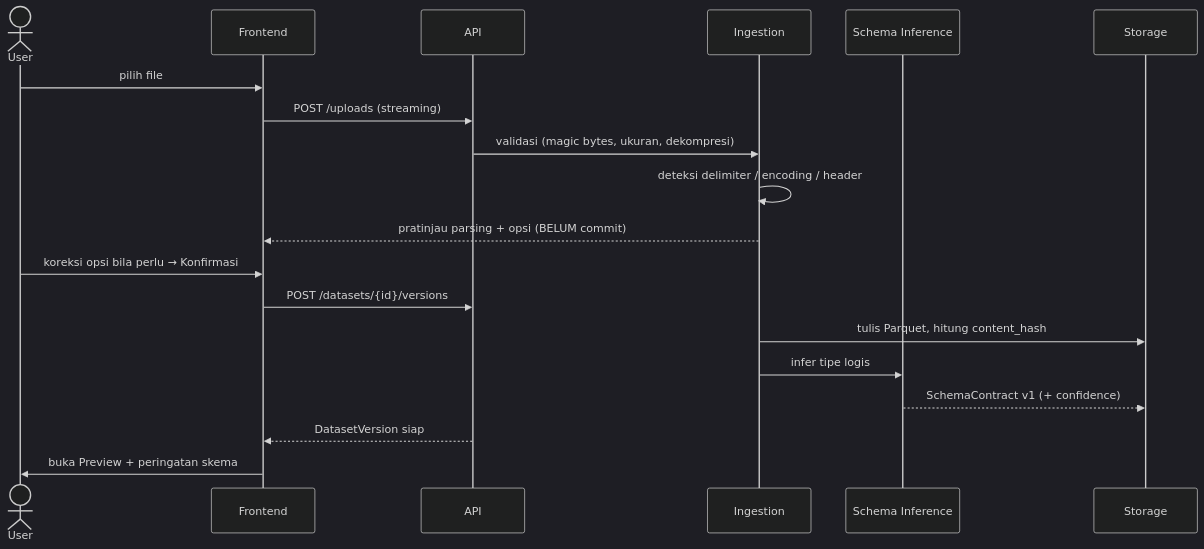
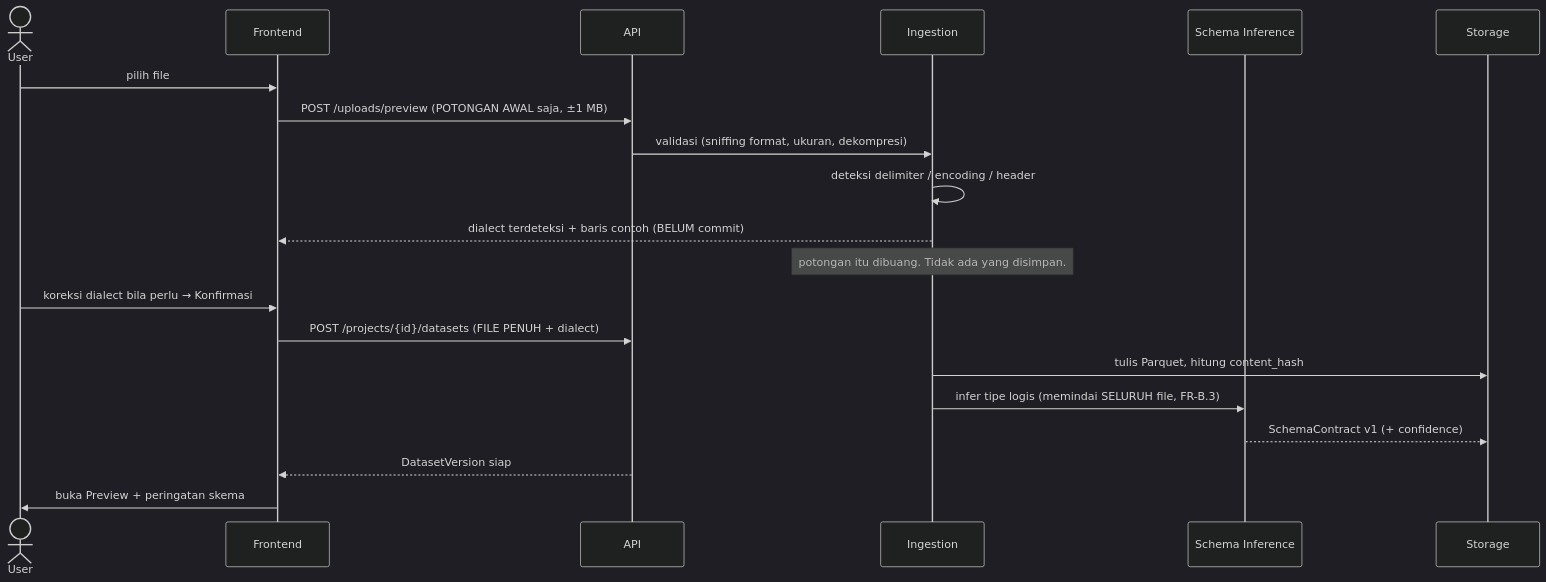
One commit to nichodarren/datacanvas changed the third of 5 diagrams in docs/DESIGN.md. Above: the diagram before and after it, drawn with Mermaid (dark theme). The commit also changed other lines of this file and 1 other file, not shown here.

````diff
--- a/docs/DESIGN.md
+++ b/docs/DESIGN.md
@@ -1041,22 +1050,23 @@
 ```mermaid
 sequenceDiagram
     actor U as User
     participant FE as Frontend
     participant API as API
     participant ING as Ingestion
     participant INF as Schema Inference
     participant S as Storage
 
     U->>FE: pilih file
-    FE->>API: POST /uploads (streaming)
-    API->>ING: validasi (magic bytes, ukuran, dekompresi)
+    FE->>API: POST /uploads/preview (POTONGAN AWAL saja, ±1 MB)
+    API->>ING: validasi (sniffing format, ukuran, dekompresi)
     ING->>ING: deteksi delimiter / encoding / header
-    ING-->>FE: pratinjau parsing + opsi (BELUM commit)
-    U->>FE: koreksi opsi bila perlu → Konfirmasi
-    FE->>API: POST /datasets/{id}/versions
+    ING-->>FE: dialect terdeteksi + baris contoh (BELUM commit)
+    Note over ING: potongan itu dibuang. Tidak ada yang disimpan.
+    U->>FE: koreksi dialect bila perlu → Konfirmasi
+    FE->>API: POST /projects/{id}/datasets (FILE PENUH + dialect)
     ING->>S: tulis Parquet, hitung content_hash
-    ING->>INF: infer tipe logis
+    ING->>INF: infer tipe logis (memindai SELURUH file, FR-B.3)
     INF-->>S: SchemaContract v1 (+ confidence)
     API-->>FE: DatasetVersion siap
     FE->>U: buka Preview + peringatan skema
 ```
````
